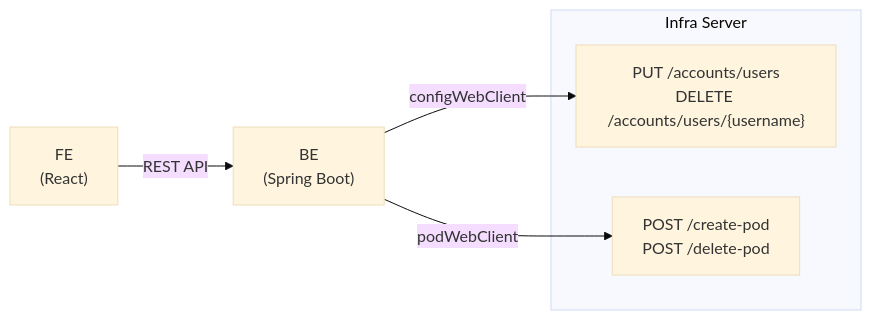
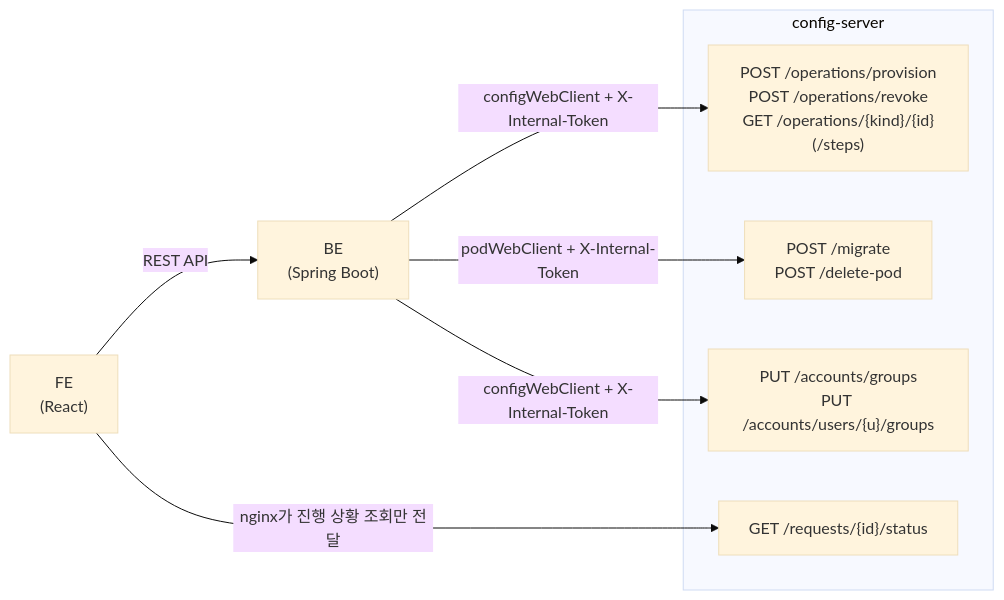
Diagram 15 of 15 in md/backend/시스템-아키텍처.md (CSID-DGU/admin_wiki), drawn with Mermaid (base theme) before and after one commit. The commit also changed other lines of this file and 10 other files, not shown here.

````diff
--- a/md/backend/시스템-아키텍처.md
+++ b/md/backend/시스템-아키텍처.md
@@ -364,16 +372,22 @@
 ```mermaid
 flowchart LR
     FE["FE\n(React)"]
     BE["BE\n(Spring Boot)"]
-    I1["PUT /accounts/users\nDELETE /accounts/users/{username}"]
-    I2["POST /create-pod\nPOST /delete-pod"]
+    I1["POST /operations/provision\nPOST /operations/revoke\nGET /operations/{kind}/{id}(/steps)"]
+    I2["POST /migrate\nPOST /delete-pod"]
+    I3["PUT /accounts/groups\nPUT /accounts/users/{u}/groups"]
+    ST["GET /requests/{id}/status"]
 
     FE -->|REST API| BE
-    BE -->|configWebClient| I1
-    BE -->|podWebClient| I2
+    FE -->|nginx가 진행 상황 조회만 전달| ST
+    BE -->|configWebClient + X-Internal-Token| I1
+    BE -->|podWebClient + X-Internal-Token| I2
+    BE -->|configWebClient + X-Internal-Token| I3
 
-    subgraph Infra["Infra Server"]
+    subgraph Infra["config-server"]
         I1
         I2
+        I3
+        ST
     end
 ```
````
